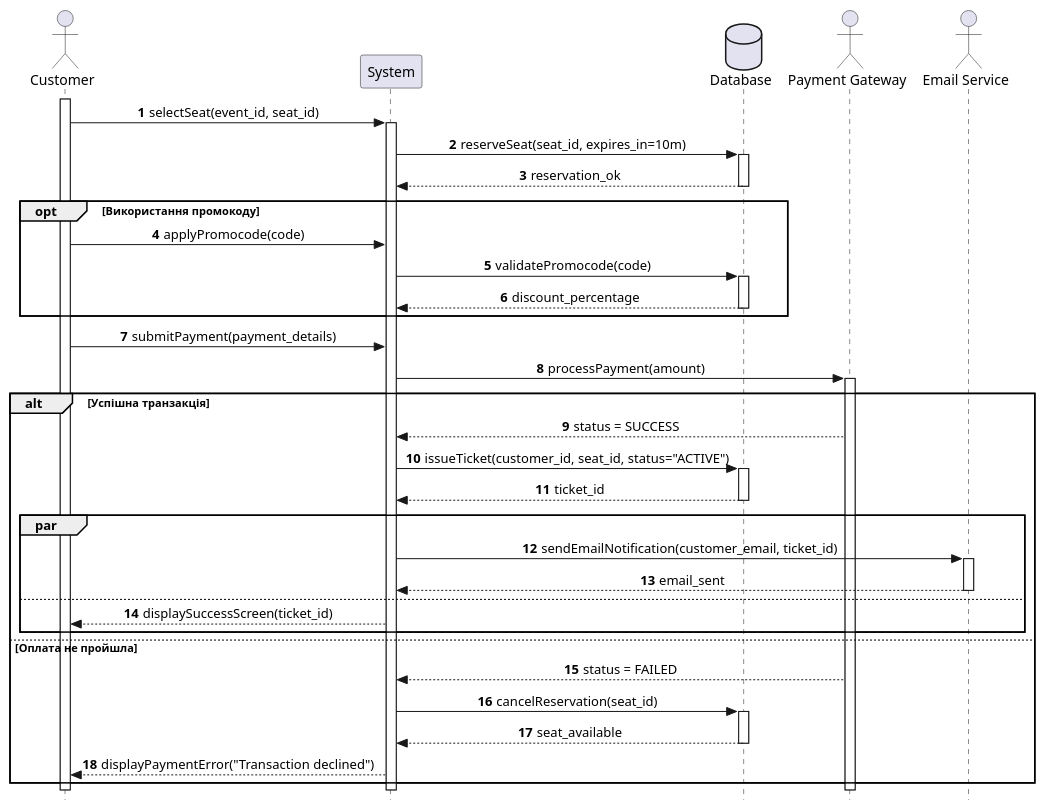
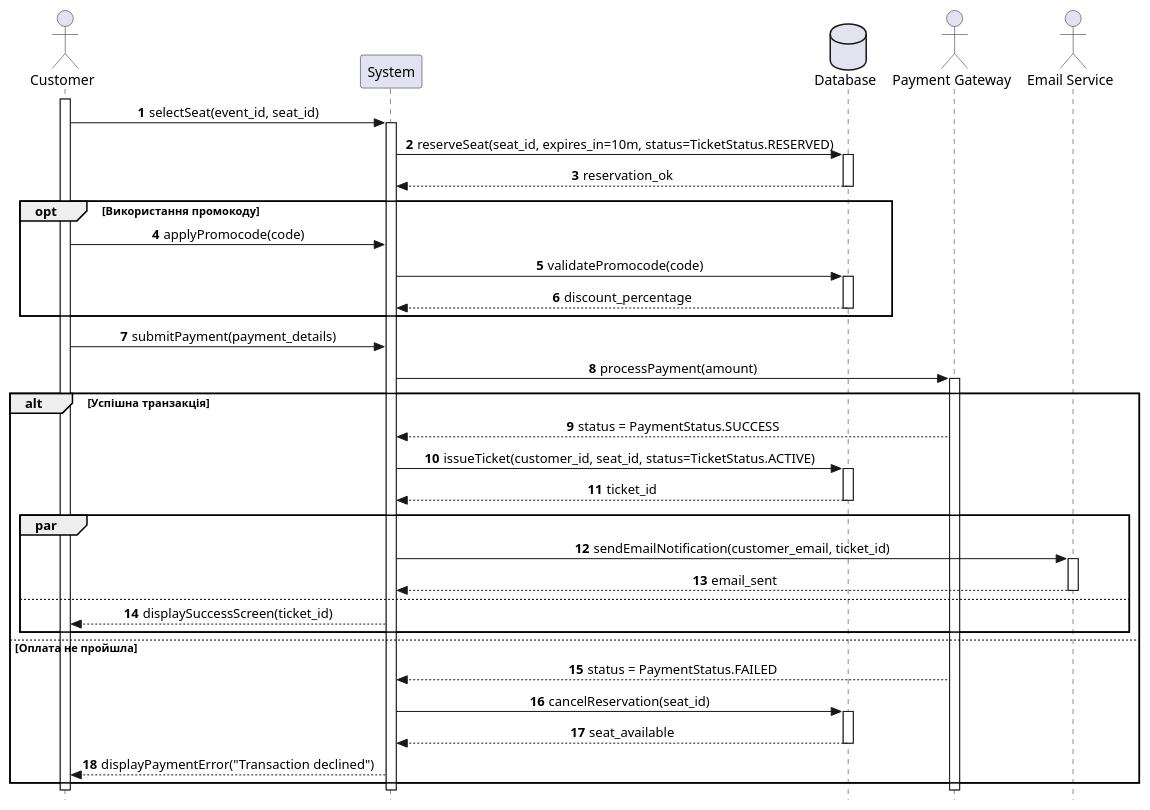
Before and after one commit to anastasiiaaz/2-course-mavpz: the diagram in lab3/scenario1.puml, drawn with PlantUML. The commit also changed 3 other files, not shown here.

```diff
--- a/lab3/scenario1.puml
+++ b/lab3/scenario1.puml
@@ -1,65 +1,65 @@
 @startuml buy_ticket
 autonumber
 skinparam Style strictuml
 skinparam SequenceMessageAlignment center
 
 actor "Customer" as C
 participant "System" as App
 database "Database" as DB
 actor "Payment Gateway" as PG
 actor "Email Service" as ES
 
 activate C
 C -> App : selectSeat(event_id, seat_id)
 activate App
 
-App -> DB : reserveSeat(seat_id, expires_in=10m)
+App -> DB : reserveSeat(seat_id, expires_in=10m, status=TicketStatus.RESERVED)
 activate DB
 DB --> App : reservation_ok
 deactivate DB
 
 opt Використання промокоду
     C -> App : applyPromocode(code)
     App -> DB : validatePromocode(code)
     activate DB
     DB --> App : discount_percentage
     deactivate DB
 end
 
 C -> App : submitPayment(payment_details)
 
 App -> PG : processPayment(amount)
 activate PG
 
 alt Успішна транзакція
-    PG --> App : status = SUCCESS
+    PG --> App : status = PaymentStatus.SUCCESS
     
-    App -> DB : issueTicket(customer_id, seat_id, status="ACTIVE")
+    App -> DB : issueTicket(customer_id, seat_id, status=TicketStatus.ACTIVE)
     activate DB
     DB --> App : ticket_id
     deactivate DB
     
     par
         App -> ES : sendEmailNotification(customer_email, ticket_id)
         activate ES
         ES --> App : email_sent
         deactivate ES
     else
         App --> C : displaySuccessScreen(ticket_id)
     end
 
 else Оплата не пройшла
-    PG --> App : status = FAILED
+    PG --> App : status = PaymentStatus.FAILED
     
     App -> DB : cancelReservation(seat_id)
     activate DB
     DB --> App : seat_available
     deactivate DB
     
     App --> C : displayPaymentError("Transaction declined")
 end
 
 deactivate PG
 deactivate App
 deactivate C
 @enduml
```
